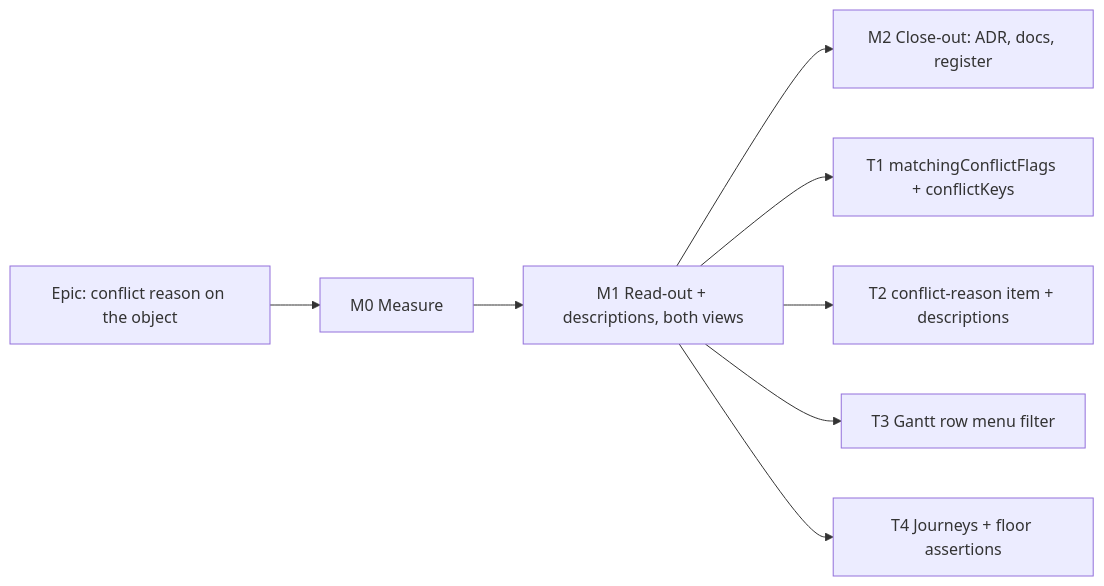
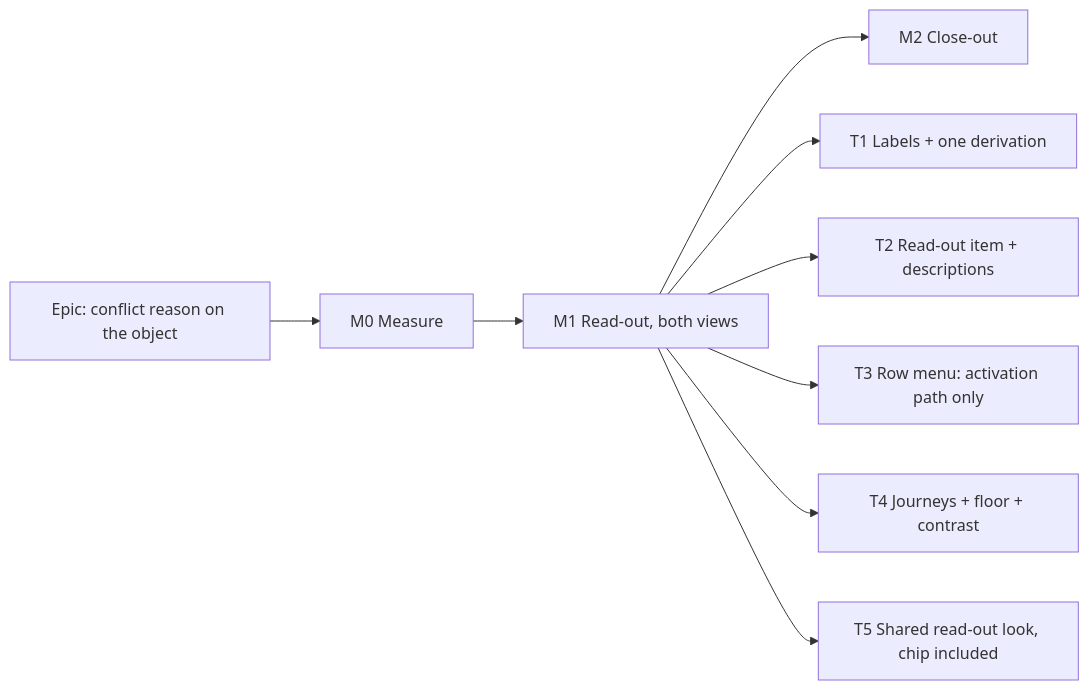
The diagram in docs/specs/conflict-reason-on-object/implementation-plan.md (HuttonHomeHub/SchedulePoint_1), drawn with Mermaid before and after one commit. The commit also changed other lines of this file and 1 other file, not shown here.

First line of the commit message:
docs(docs): amend the conflict-reason-on-object spec after review (#479)

````diff
--- a/docs/specs/conflict-reason-on-object/implementation-plan.md
+++ b/docs/specs/conflict-reason-on-object/implementation-plan.md
@@ -9,8 +9,9 @@
 ```mermaid
 flowchart LR
-  E[Epic: conflict reason on the object] --> M0[M0 Measure] --> M1[M1 Read-out + descriptions, both views] --> M2[M2 Close-out: ADR, docs, register]
-  M1 --> T1[T1 matchingConflictFlags + conflictKeys]
-  M1 --> T2[T2 conflict-reason item + descriptions]
-  M1 --> T3[T3 Gantt row menu filter]
-  M1 --> T4[T4 Journeys + floor assertions]
+  E[Epic: conflict reason on the object] --> M0[M0 Measure] --> M1[M1 Read-out, both views] --> M2[M2 Close-out]
+  M1 --> T1[T1 Labels + one derivation]
+  M1 --> T2[T2 Read-out item + descriptions]
+  M1 --> T3[T3 Row menu: activation path only]
+  M1 --> T4[T4 Journeys + floor + contrast]
+  M1 --> T5[T5 Shared read-out look, chip included]
 ```
````
